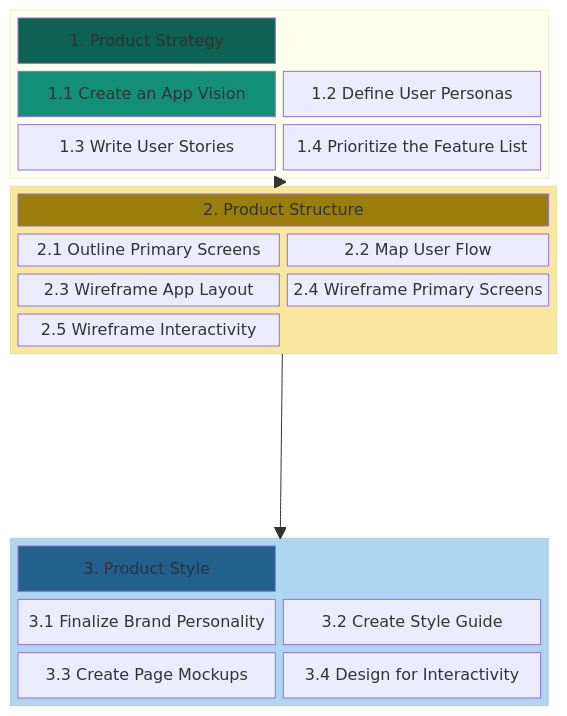
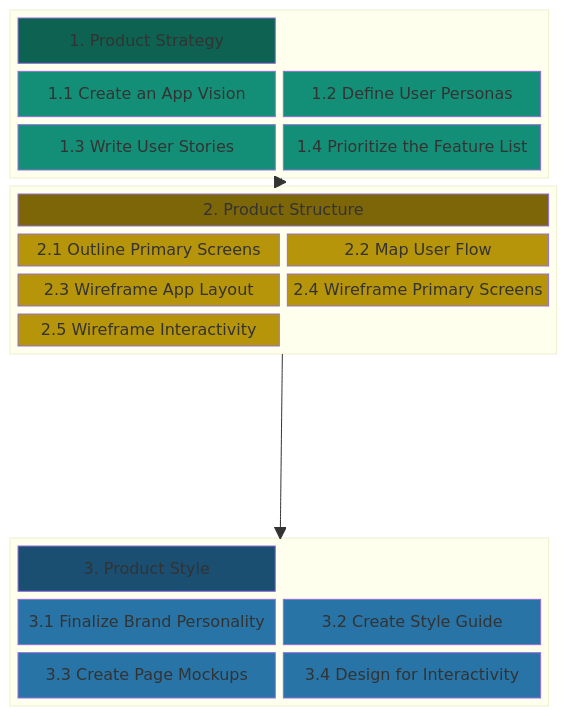
The diagram in docs/resources/techresources/uiux.md (chingu-voyages/Handbook), drawn with Mermaid before and after one commit.

Commit message:
Feature: Add UI/UX workflow process template

````diff
--- a/docs/resources/techresources/uiux.md
+++ b/docs/resources/techresources/uiux.md
@@ -15,38 +15,50 @@
 ```mermaid
 block-beta
 columns 1
   block:STRATEGY
     columns 2
     A["1. Product Strategy"]:2
     B["1.1 Create an App Vision"]
     C["1.2 Define User Personas"]
     D["1.3 Write User Stories"]
     E["1.4 Prioritize the Feature List"]
   end
   block:STRUCTURE
     columns 2
     G["2. Product Structure"]:2
     H["2.1 Outline Primary Screens"]
     I["2.2 Map User Flow"]
     J["2.3 Wireframe App Layout"]
     K["2.4 Wireframe Primary Screens"]
     L["2.5 Wireframe Interactivity"]
   end
   STRATEGY --> STRUCTURE
   space
   block:STYLE
     columns 2
     M["3. Product Style"]:2
     N["3.1 Finalize Brand Personality"]
     O["3.2 Create Style Guide"]
     P["3.3 Create Page Mockups"]
     Q["3.4 Design for Interactivity"]
   end
   STRUCTURE --> STYLE
   style A fill:#0e6251
   style B fill:#148f77
-  style G fill:#9a7d0a
-  style M fill:#21618c
-  style STRUCTURE fill:#f9e79f
-  style STYLE fill:#aed6f1
+  style C fill:#148f77
+  style D fill:#148f77
+  style E fill:#148f77
+
+  style G fill:#7d6608
+  style H fill:#b7950b
+  style I fill:#b7950b
+  style J fill:#b7950b
+  style K fill:#b7950b
+  style L fill:#b7950b
+
+  style M fill:#1b4f72
+  style N fill:#2874a6
+  style O fill:#2874a6
+  style P fill:#2874a6
+  style Q fill:#2874a6
 ```
````
